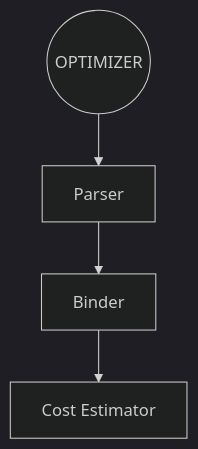
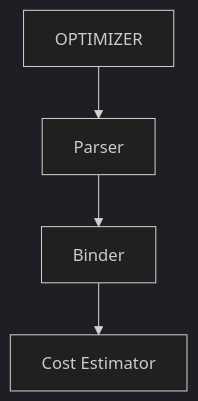
Before and after one commit to rraulherediaa/PracticasEstructurasDatos: the eighth of 12 diagrams in README.md, drawn with Mermaid (dark theme). The commit also changed other lines of this file, not shown here.

````diff
--- a/README.md
+++ b/README.md
@@ -82,5 +145,5 @@
 ```mermaid
 flowchart TD
-    Opt(("OPTIMIZER"))
+    Opt["OPTIMIZER"]
     Opt --> P["Parser"] --> B["Binder"] --> C["Cost Estimator"]
 ```
````
